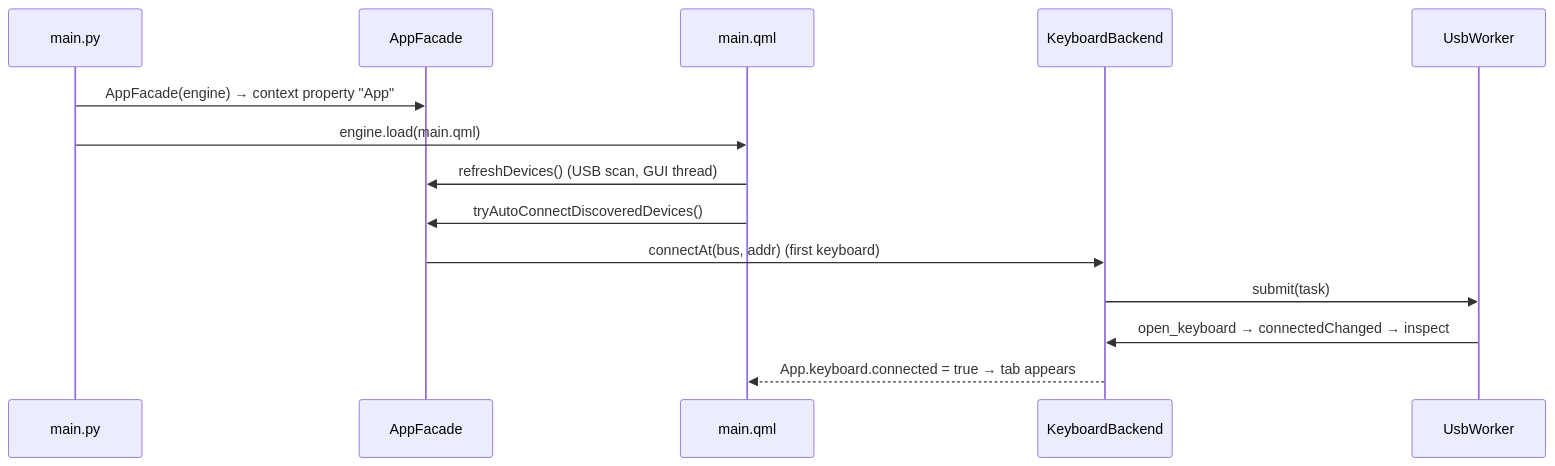
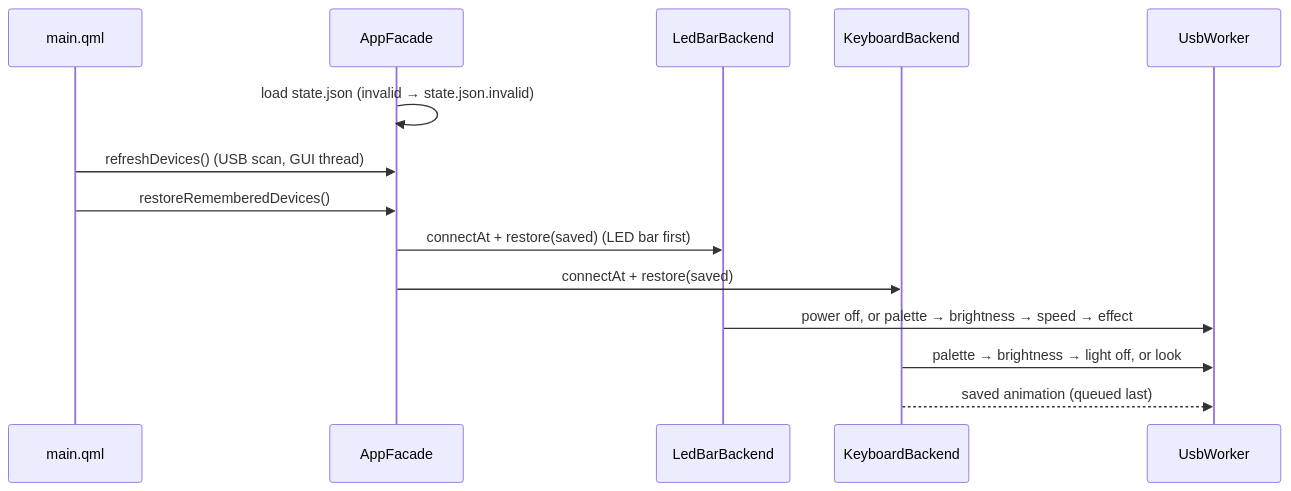
One commit to jillesmc/avell-storm-rgb-control changed the second of 7 diagrams in docs/FLOWS.md. Above: the diagram before and after it, drawn with Mermaid. The commit also changed other lines of this file and 18 other files, not shown here.

Commit message:
task_06: document remembered devices in both languages

````diff
--- a/docs/FLOWS.md
+++ b/docs/FLOWS.md
@@ -48,16 +48,16 @@
 ```mermaid
 sequenceDiagram
-    participant Main as main.py
+    participant Q as main.qml
     participant Fa as AppFacade
-    participant Q as main.qml
+    participant LB as LedBarBackend
     participant KB as KeyboardBackend
     participant W as UsbWorker
-    Main->>Fa: AppFacade(engine) → context property "App"
-    Main->>Q: engine.load(main.qml)
+    Fa->>Fa: load state.json (invalid → state.json.invalid)
     Q->>Fa: refreshDevices()  (USB scan, GUI thread)
-    Q->>Fa: tryAutoConnectDiscoveredDevices()
-    Fa->>KB: connectAt(bus, addr)  (first keyboard)
-    KB->>W: submit(task)
-    W->>KB: open_keyboard → connectedChanged → inspect
-    KB-->>Q: App.keyboard.connected = true → tab appears
+    Q->>Fa: restoreRememberedDevices()
+    Fa->>LB: connectAt + restore(saved)  (LED bar first)
+    Fa->>KB: connectAt + restore(saved)
+    LB->>W: power off, or palette → brightness → speed → effect
+    KB->>W: palette → brightness → light off, or look
+    KB-->>W: saved animation (queued last)
 ```
````
